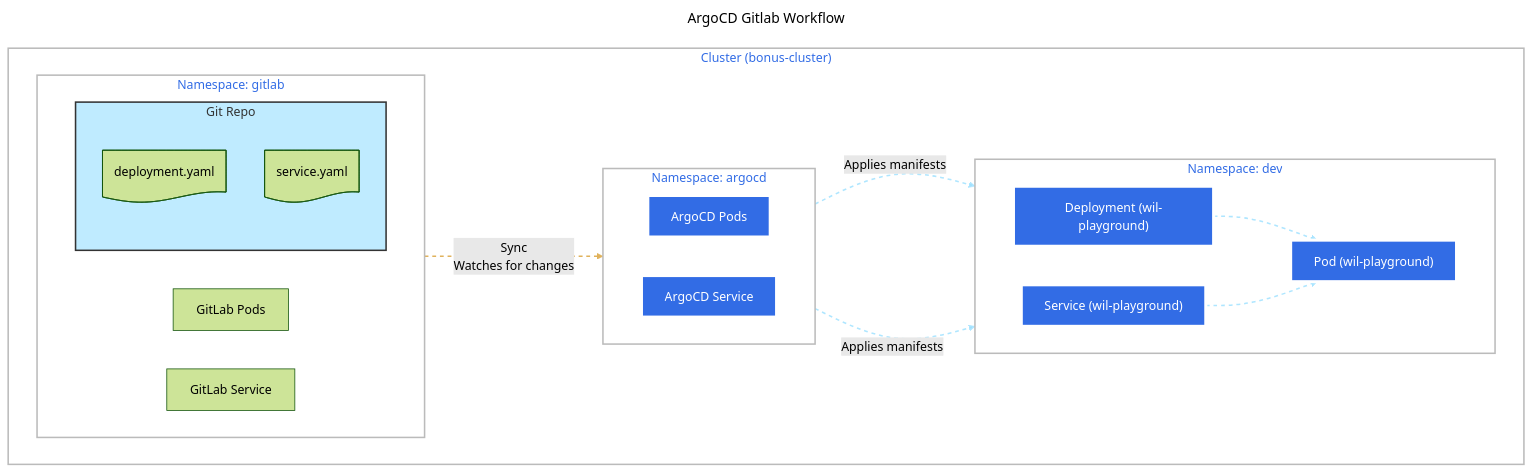
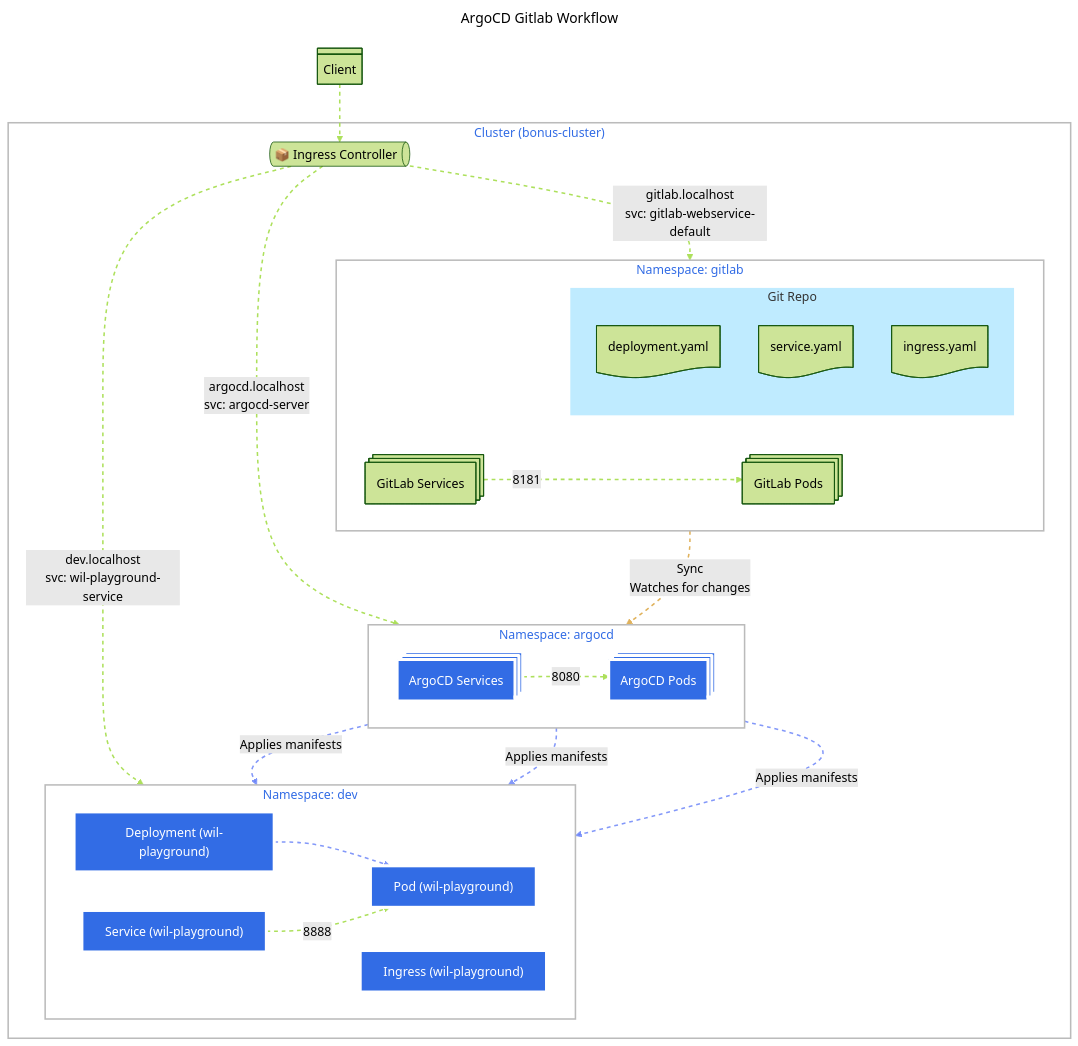
Before and after one commit to Tablerase/42_InceptionOfThings: the diagram in bonus/README.md, drawn with Mermaid (forest theme). The commit also changed other lines of this file and 17 other files, not shown here.

Commit message:
feat: update GitLab and ArgoCD setup with new manifests and scripts

````diff
--- a/bonus/README.md
+++ b/bonus/README.md
@@ -3,47 +3,61 @@
 ```mermaid
 ---
 title: ArgoCD Gitlab Workflow
 ---
 flowchart TD;
   subgraph k3d["Cluster (bonus-cluster)"]
     subgraph nsArgo["Namespace: argocd"]
       direction LR
-      argo_pods["ArgoCD Pods"]
-      argo_svc["ArgoCD Service"]
+      argo_pods@{ shape: procs, label: "ArgoCD Pods" }
+      argo_svcs@{ shape: procs, label: "ArgoCD Services" }
     end
     subgraph nsDev["Namespace: dev"]
       direction LR
       app_deployment@{ shape: proc, label: "Deployment (wil-playground)" }
       app_svc@{ shape: proc, label: "Service (wil-playground)" }
       app_pod@{ shape: proc, label: "Pod (wil-playground)" }
+      app_ingress@{ shape: proc, label: "Ingress (wil-playground)" }
     end
     subgraph nsGitlab["Namespace: gitlab"]
       direction LR
-      gitlab_pods["GitLab Pods"]
-      gitlab_svc["GitLab Service"]
+      gitlab_pods@{ shape: procs, label: "GitLab Pods" }
+      gitlab_svcs@{ shape: procs, label: "GitLab Services" }
       subgraph git_repo["Git Repo"]
         manifestD@{shape: doc, label: "deployment.yaml"}
         manifestS@{shape: doc, label: "service.yaml"}
+        manifestI@{shape: doc, label: "ingress.yaml"}
       end
     end
+    IngressController@{ shape: das, label: "📦 Ingress Controller" }
   end
 
   app_deployment appdeppod@--> app_pod
-  app_svc appsvcpod@--> app_pod
 
   git_repo gitargo@-->|"Sync<br>Watches for changes"|argo_pods
   argo_pods argodep@-->|"Applies manifests"|app_deployment
   argo_pods argosvc@-->|"Applies manifests"|app_svc
+  argo_pods argoin@-->|"Applies manifests"|app_ingress
+
+  WebClient@{ shape: div-proc, label: "Client" }
+  WebClient wclin@-->IngressController
+  IngressController ingit@-->|"gitlab.localhost<br>svc: gitlab-webservice-default"| gitlab_svcs
+  gitlab_svcs gsvc_gp@-->|8181| gitlab_pods
+  IngressController inargo@-->|"argocd.localhost<br>svc: argocd-server"| argo_svcs
+  argo_svcs argo_gp@-->|8080| argo_pods
+  IngressController inapp@-->|"dev.localhost<br>svc: wil-playground-service"| app_svc
+  app_svc app_gp@-->|8888| app_pod
 
   classDef k8s fill: #326ce5,stroke: #fff,stroke-width:4px,color:#fff;
   classDef cluster fill: #fff,stroke: #bbb,stroke-width:2px,color:#326ce5;
-  classDef external fill: #99dfff9f,stroke: #333,stroke-width:2px, color:#333;
-  classDef kub-anim stroke-dasharray: 5,5, stroke-dashoffset: 300, stroke-width: 2, stroke: #99dfffc7, animation: dash 25s linear infinite;
+  classDef external fill: #99dfff9f,stroke: #fff,stroke-width:2px,color:#333;
+  classDef kub-anim stroke-dasharray: 5,5, stroke-dashoffset: 300, stroke-width: 2, stroke: #617cf8c7, animation: dash 25s linear infinite;
   classDef git-anim stroke-dasharray: 5,5, stroke-dashoffset: 300, stroke-width: 2, stroke: #e0b25cff, animation: dash 25s linear infinite;
+  classDef web-anim stroke-dasharray: 5,5, stroke-dashoffset: 300, stroke-width: 2, stroke: #ade05cff, animation: dash 25s linear infinite;
 
-  class argo_pods,argo_svc,app_deployment,app_pod,app_svc k8s;
+  class argo_pods,argo_svcs,app_deployment,app_pod,app_svc,app_ingress k8s;
   class k3d,nsArgo,nsDev cluster;
   class git_repo external;
   class gitargo git-anim;
-  class argodep,argosvc,appdeppod,appsvcpod kub-anim;
+  class argodep,argosvc,argoin,appdeppod,appsvcpod kub-anim;
+  class wclin,ingit,gsvc_gp,inargo,argo_gp,inapp,app_gp web-anim;
 ```
````
